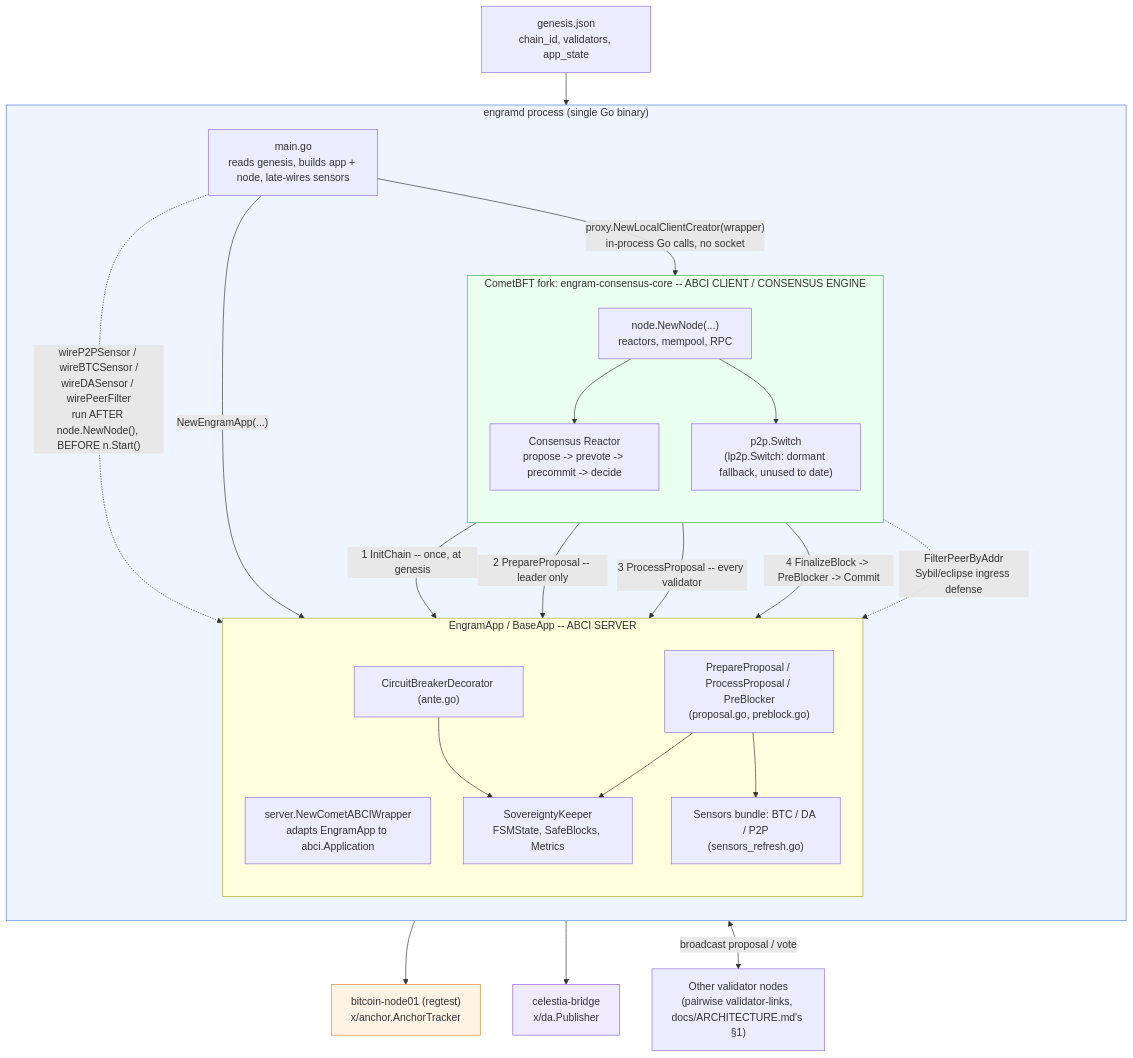
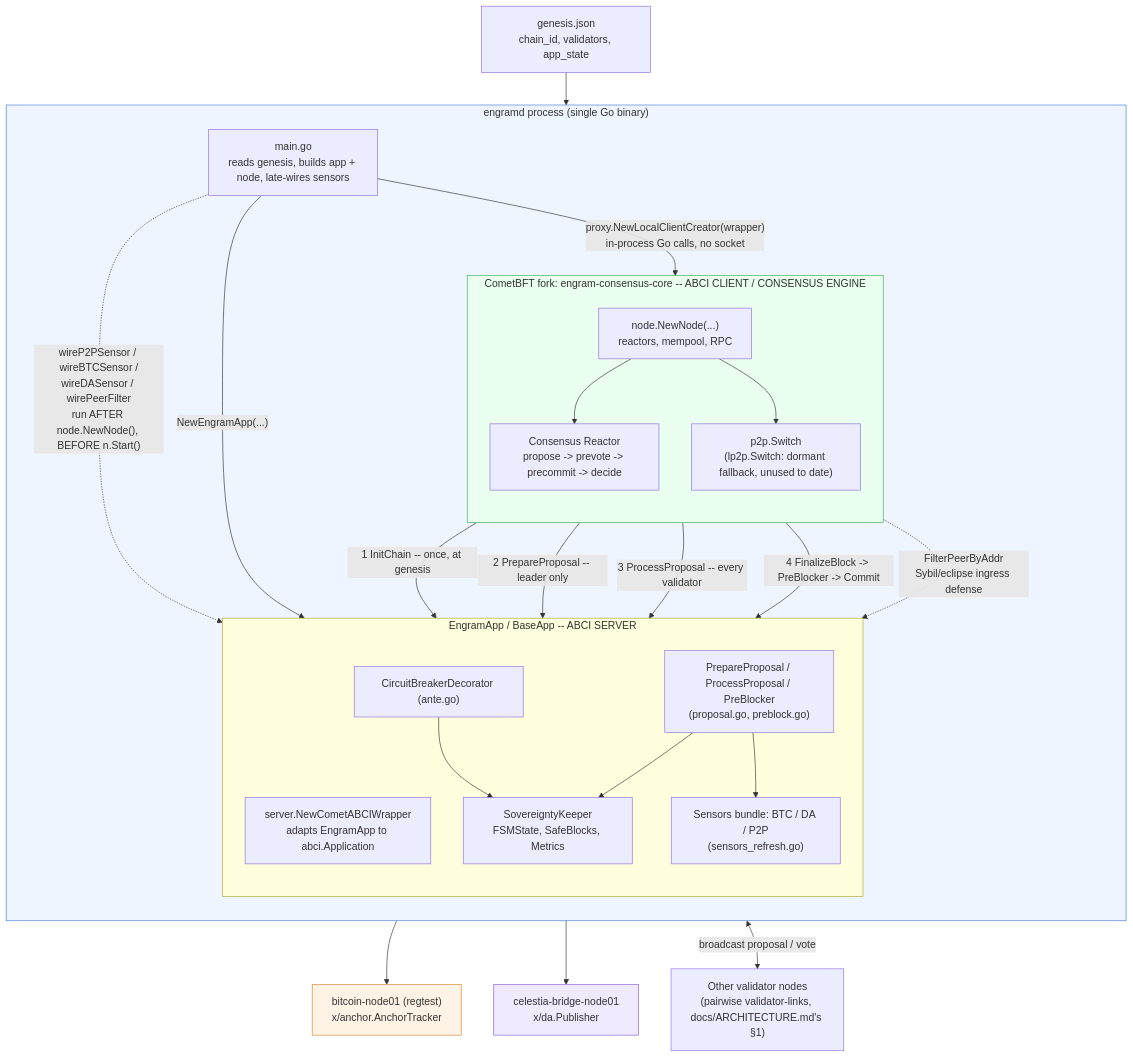
One commit to cuongct924/engram-sovereign-fsm changed the second of 4 diagrams in docs/DEVELOPMENT.md. Above: the diagram before and after it, drawn with Mermaid. The commit also changed other lines of this file and 2 other files, not shown here.

First line of the commit message:
docs: fix stale 4-node/celestia-bridge references in ARCHITECTURE, DEVELOPMENT, spec/README

````diff
--- a/docs/DEVELOPMENT.md
+++ b/docs/DEVELOPMENT.md
@@ -410,55 +408,55 @@
 ```mermaid
 flowchart TB
     genfile["genesis.json<br/>chain_id, validators, app_state"]
 
     subgraph PROC["engramd process (single Go binary)"]
         direction TB
         mainfn["main.go<br/>reads genesis, builds app + node, late-wires sensors"]
 
         subgraph APP["EngramApp / BaseApp -- ABCI SERVER"]
             direction TB
             wrapper["server.NewCometABCIWrapper<br/>adapts EngramApp to abci.Application"]
             ante["CircuitBreakerDecorator (ante.go)"]
             hooks["PrepareProposal / ProcessProposal / PreBlocker<br/>(proposal.go, preblock.go)"]
             keeper["SovereigntyKeeper<br/>FSMState, SafeBlocks, Metrics"]
             sensors["Sensors bundle: BTC / DA / P2P<br/>(sensors_refresh.go)"]
         end
 
         subgraph NODE["CometBFT fork: engram-consensus-core -- ABCI CLIENT / CONSENSUS ENGINE"]
             direction TB
             nodenew["node.NewNode(...)<br/>reactors, mempool, RPC"]
             consensus["Consensus Reactor<br/>propose -> prevote -> precommit -> decide"]
             pswitch["p2p.Switch<br/>(lp2p.Switch: dormant fallback, unused to date)"]
         end
     end
 
     peer1["Other validator nodes<br/>(pairwise validator-links, docs/ARCHITECTURE.md's §1)"]
     btc["bitcoin-node01 (regtest)<br/>x/anchor.AnchorTracker"]
-    celestia["celestia-bridge<br/>x/da.Publisher"]
+    celestia["celestia-bridge-node01<br/>x/da.Publisher"]
 
     genfile --> mainfn
     mainfn -->|"NewEngramApp(...)"| APP
     mainfn -->|"proxy.NewLocalClientCreator(wrapper)<br/>in-process Go calls, no socket"| nodenew
     nodenew --> consensus
     nodenew --> pswitch
     mainfn -.->|"wireP2PSensor / wireBTCSensor /<br/>wireDASensor / wirePeerFilter<br/>run AFTER node.NewNode(), BEFORE n.Start()"| sensors
 
     consensus -->|"1 InitChain -- once, at genesis"| hooks
     consensus -->|"2 PrepareProposal -- leader only"| hooks
     consensus -->|"3 ProcessProposal -- every validator"| hooks
     consensus -->|"4 FinalizeBlock -> PreBlocker -> Commit"| hooks
 
     hooks --> keeper
     hooks --> sensors
     ante --> keeper
     sensors --> btc
     sensors --> celestia
 
     pswitch <-->|"broadcast proposal / vote"| peer1
     pswitch -.->|"FilterPeerByAddr<br/>Sybil/eclipse ingress defense"| keeper
 
     style PROC fill:#eef5ff,stroke:#4a7fd6
     style NODE fill:#eaffef,stroke:#3fae5c
     style btc fill:#fff3e6,stroke:#d68a30
     style celestia fill:#f0eaff,stroke:#8a5fd6
 ```
````
